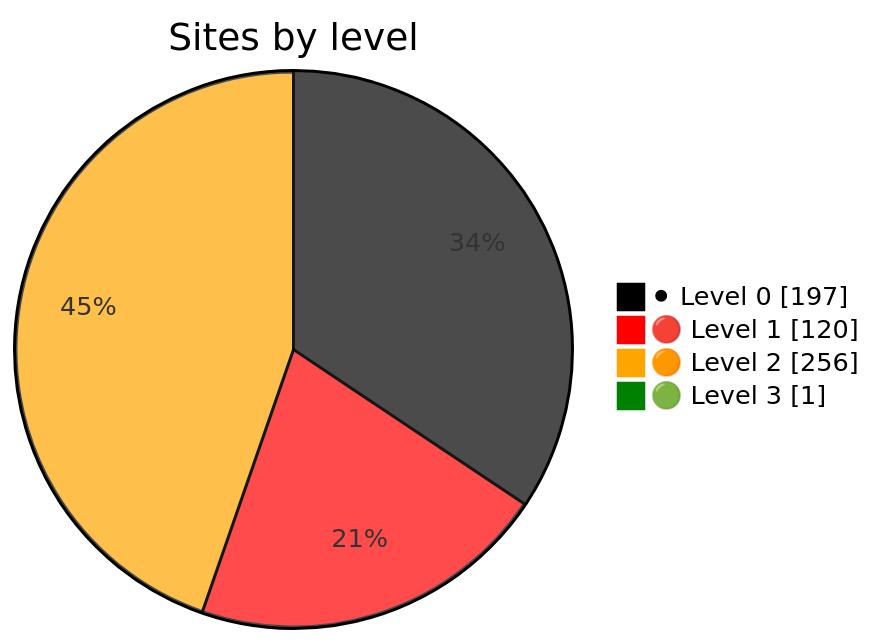
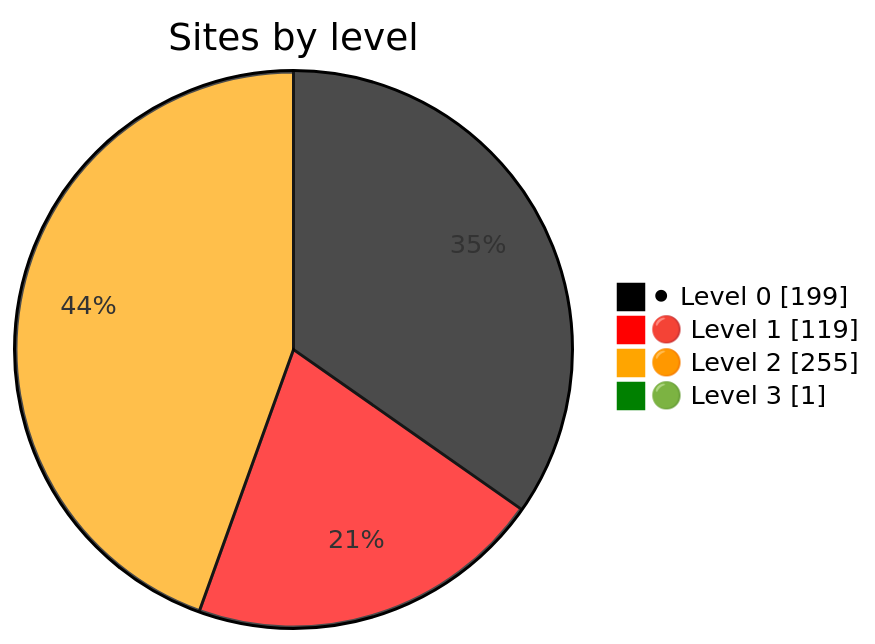
One commit to Dushmilan/gov_lk_web_auditor changed the diagram in README.md. Above: the diagram before and after it, drawn with Mermaid. The commit also changed other lines of this file and 2533 other files, not shown here.

````diff
--- a/README.md
+++ b/README.md
@@ -24,9 +24,9 @@
 ```mermaid
 %%{init: {"themeVariables":{"pie1":"black","pie2":"red","pie3":"orange","pie4":"green"}}}%%
 pie showData
     title Sites by level
-    "⚫ Level 0" : 197
-    "🔴 Level 1" : 120
-    "🟠 Level 2" : 256
+    "⚫ Level 0" : 199
+    "🔴 Level 1" : 119
+    "🟠 Level 2" : 255
     "🟢 Level 3" : 1
 ```
````
